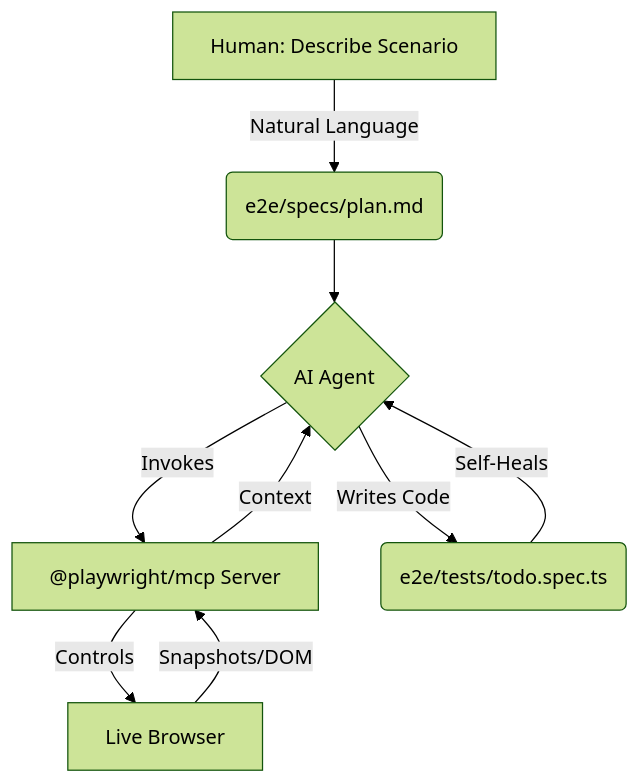
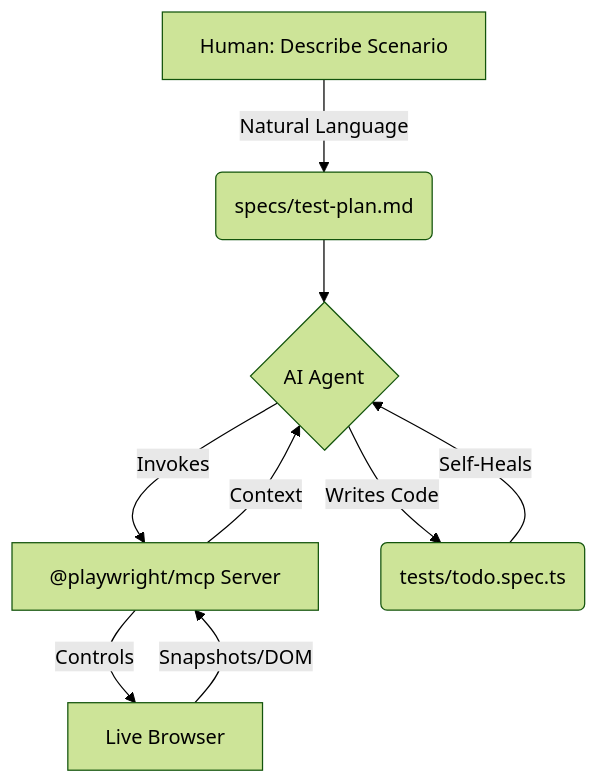
The diagram in README.md (jay-yeluru/playwright-mcp-demo), drawn with Mermaid (forest theme) before and after one commit. The commit also changed other lines of this file, not shown here.

````diff
--- a/README.md
+++ b/README.md
@@ -38,11 +38,11 @@
 ```mermaid
 graph TD
-    A[Human: Describe Scenario] -->|Natural Language| B(e2e/specs/plan.md)
+    A[Human: Describe Scenario] -->|Natural Language| B(specs/test-plan.md)
     B --> C{AI Agent}
     C -->|Invokes| D["@playwright/mcp Server"]
     D -->|Controls| E[Live Browser]
     E -->|Snapshots/DOM| D
     D -->|Context| C
-    C -->|Writes Code| F(e2e/tests/todo.spec.ts)
+    C -->|Writes Code| F(tests/todo.spec.ts)
     F -->|Self-Heals| C
 ```
````
